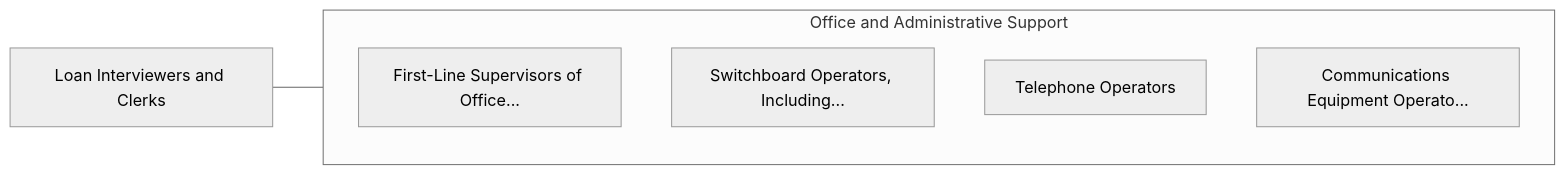
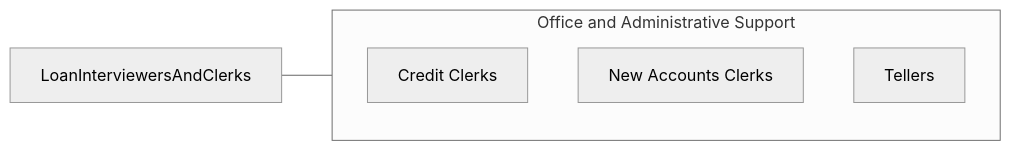
One commit to kziemski/business.org.ai changed the third of 3 diagrams in occupations/Administrative/LoanInterviewersAndClerks.mdx. Above: the diagram before and after it, drawn with Mermaid (neutral theme). The commit also changed other lines of this file and 938 other files, not shown here.

````diff
--- a/occupations/Administrative/LoanInterviewersAndClerks.mdx
+++ b/occupations/Administrative/LoanInterviewersAndClerks.mdx
@@ -109,13 +104,10 @@
 ```mermaid
 graph LR
-    Current["Loan Interviewers and Clerks"]
-
+    Current["LoanInterviewersAndClerks"]
     subgraph SameCategory["Office and Administrative Support"]
-        FirstLineSupervisors["First-Line Supervisors of Office..."]
-        SwitchboardOperators["Switchboard Operators, Including..."]
-        TelephoneOperators["Telephone Operators"]
-        CommunicationsEquipm["Communications Equipment Operato..."]
+        RCreditClerks["Credit Clerks"]
+        RNewAccountsClerks["New Accounts Clerks"]
+        RTellers["Tellers"]
     end
-
     Current --- SameCategory
 ```
````
